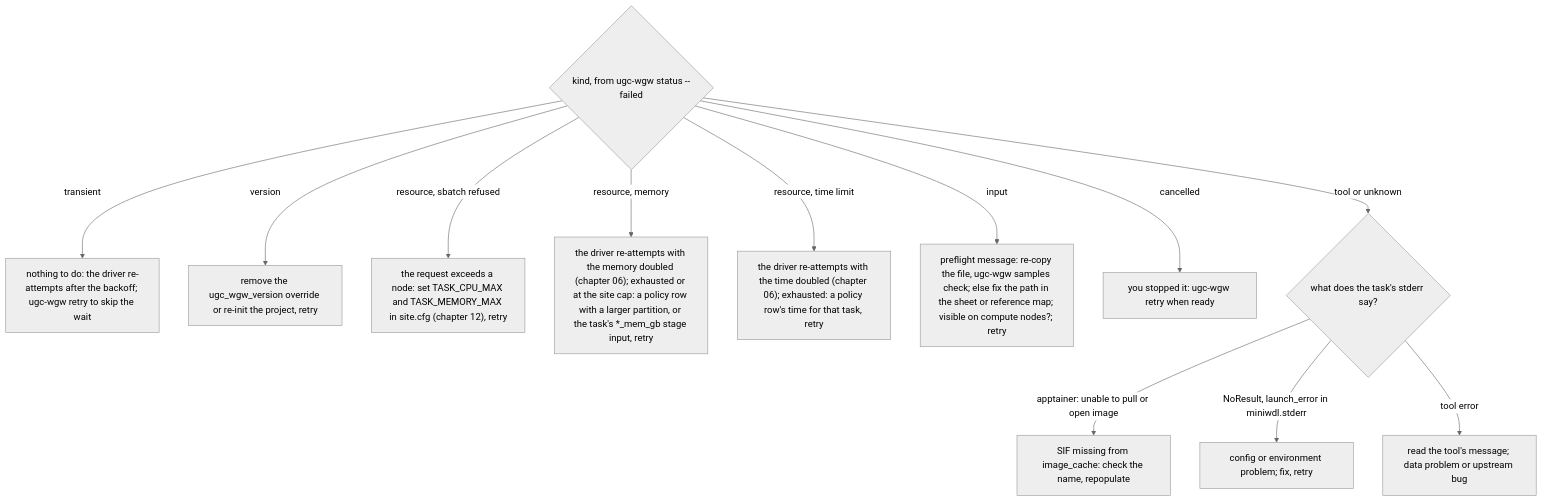
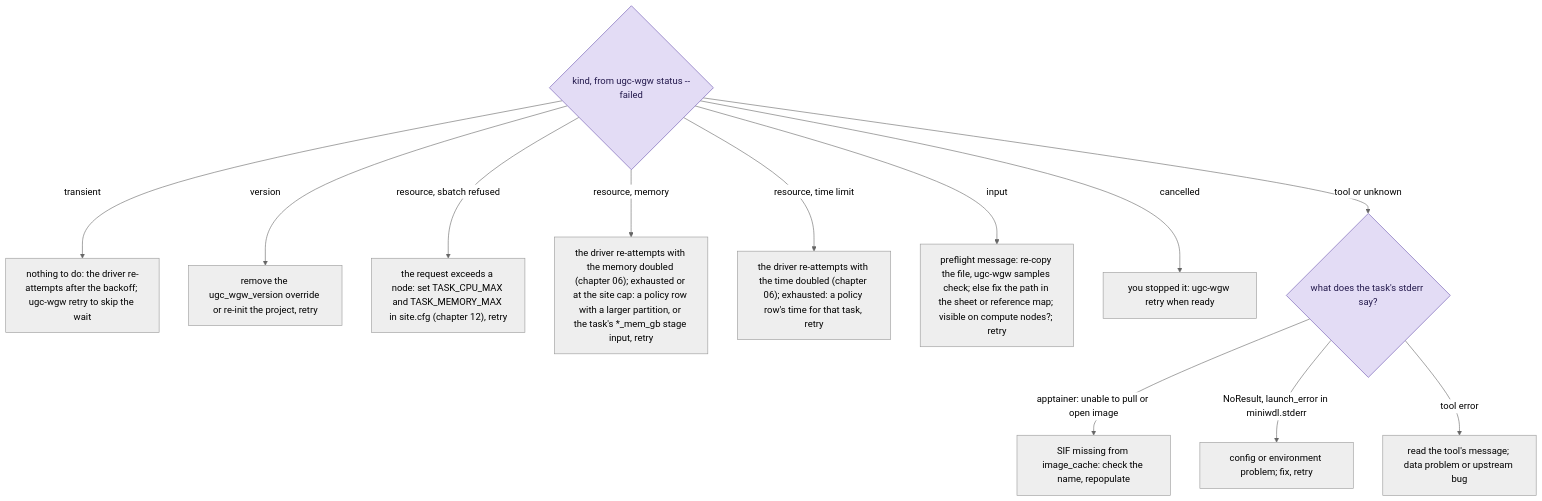
The diagram in docs/guide/09-troubleshooting.md (UppsalaGenomeCenter/ugc-wgw), drawn with Mermaid (neutral theme) before and after one commit. The commit also changed 52 other files, not shown here.

First line of the commit message:
ugc-wgw 0.20.0

````diff
--- a/docs/guide/09-troubleshooting.md
+++ b/docs/guide/09-troubleshooting.md
@@ -66,15 +66,16 @@
 ```mermaid
 flowchart TD
-  s{"kind, from ugc-wgw status --failed"}
+  s{"kind, from ugc-wgw status --failed"}:::decision
   s -->|"transient"| r["nothing to do: the driver re-attempts after the backoff; ugc-wgw retry to skip the wait"]
   s -->|"version"| v["remove the ugc_wgw_version override or re-init the project, retry"]
   s -->|"resource, sbatch refused"| ref["the request exceeds a node: set TASK_CPU_MAX and TASK_MEMORY_MAX in site.cfg (chapter 12), retry"]
   s -->|"resource, memory"| oom["the driver re-attempts with the memory doubled (chapter 06); exhausted or at the site cap: a policy row with a larger partition, or the task's *_mem_gb stage input, retry"]
   s -->|"resource, time limit"| t["the driver re-attempts with the time doubled (chapter 06); exhausted: a policy row's time for that task, retry"]
   s -->|"input"| i["preflight message: re-copy the file, ugc-wgw samples check; else fix the path in the sheet or reference map; visible on compute nodes?; retry"]
   s -->|"cancelled"| cx["you stopped it: ugc-wgw retry when ready"]
-  s -->|"tool or unknown"| c{"what does the task's stderr say?"}
+  s -->|"tool or unknown"| c{"what does the task's stderr say?"}:::decision
   c -->|"apptainer: unable to pull or open image"| sif["SIF missing from image_cache: check the name, repopulate"]
   c -->|"NoResult, launch_error in miniwdl.stderr"| m["config or environment problem; fix, retry"]
   c -->|"tool error"| tool["read the tool's message; data problem or upstream bug"]
+  classDef decision fill:#e3dcf5,stroke:#6b56b0,color:#241a4d
 ```
````
